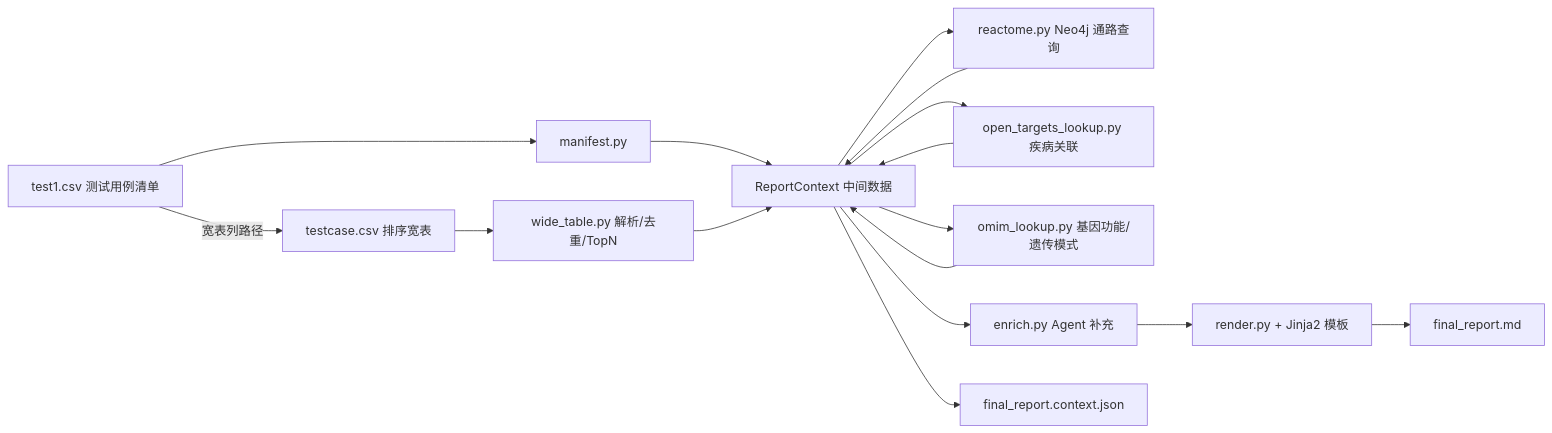
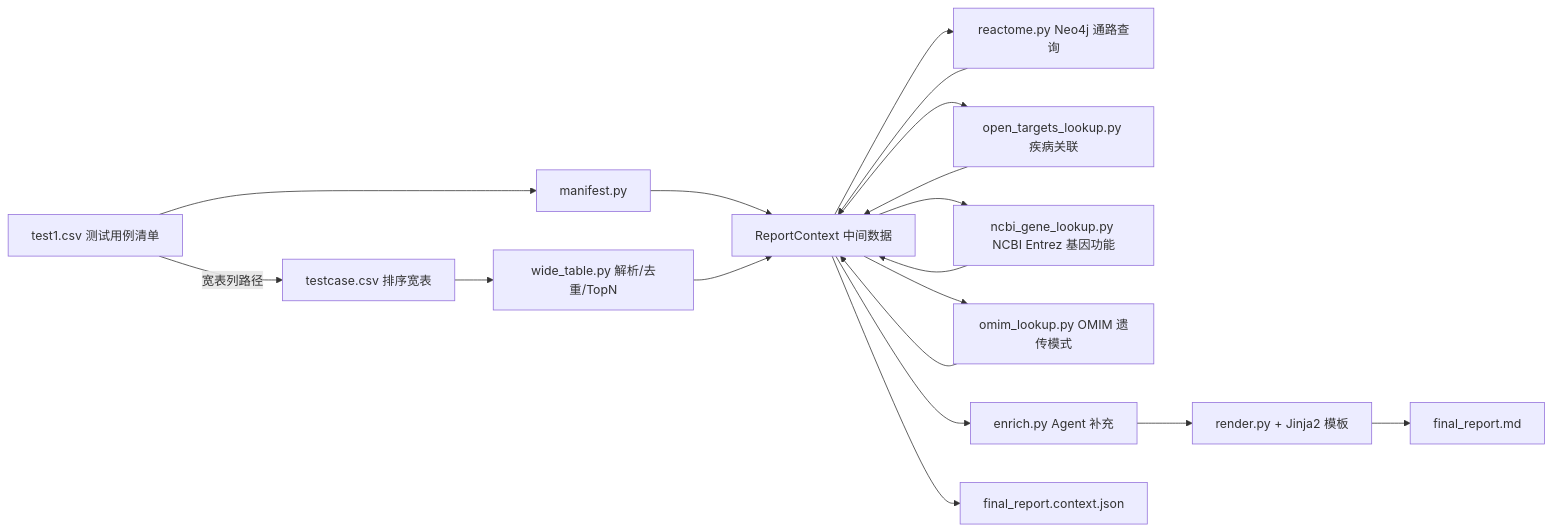
The diagram in docs/FINAL_REPORT_GENERATION.md (OpenRare2026/OpenRare), drawn with Mermaid before and after one commit. The commit also changed other lines of this file and 14 other files, not shown here.

First line of the commit message:
Update gene analysis tools to integrate NCBI Entrez Gene functionality.

````diff
--- a/docs/FINAL_REPORT_GENERATION.md
+++ b/docs/FINAL_REPORT_GENERATION.md
@@ -9,18 +9,20 @@
 ```mermaid
 flowchart LR
     Test1[test1.csv 测试用例清单] --> Manifest[manifest.py]
     Test1 -->|宽表列路径| WideCSV[testcase.csv 排序宽表]
     WideCSV --> WideTable[wide_table.py 解析/去重/TopN]
     Manifest --> Context[ReportContext 中间数据]
     WideTable --> Context
     Context --> Reactome[reactome.py Neo4j 通路查询]
     Reactome --> Context
     Context --> OpenTargets[open_targets_lookup.py 疾病关联]
     OpenTargets --> Context
-    Context --> Omim[omim_lookup.py 基因功能/遗传模式]
+    Context --> NcbiGene[ncbi_gene_lookup.py NCBI Entrez 基因功能]
+    NcbiGene --> Context
+    Context --> Omim[omim_lookup.py OMIM 遗传模式]
     Omim --> Context
     Context --> Enrich[enrich.py Agent 补充]
     Enrich --> Render[render.py + Jinja2 模板]
     Render --> MD[final_report.md]
     Context --> JSON[final_report.context.json]
 ```
````
